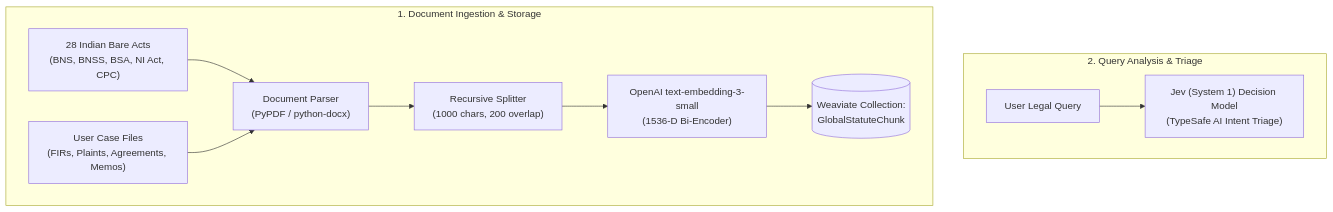
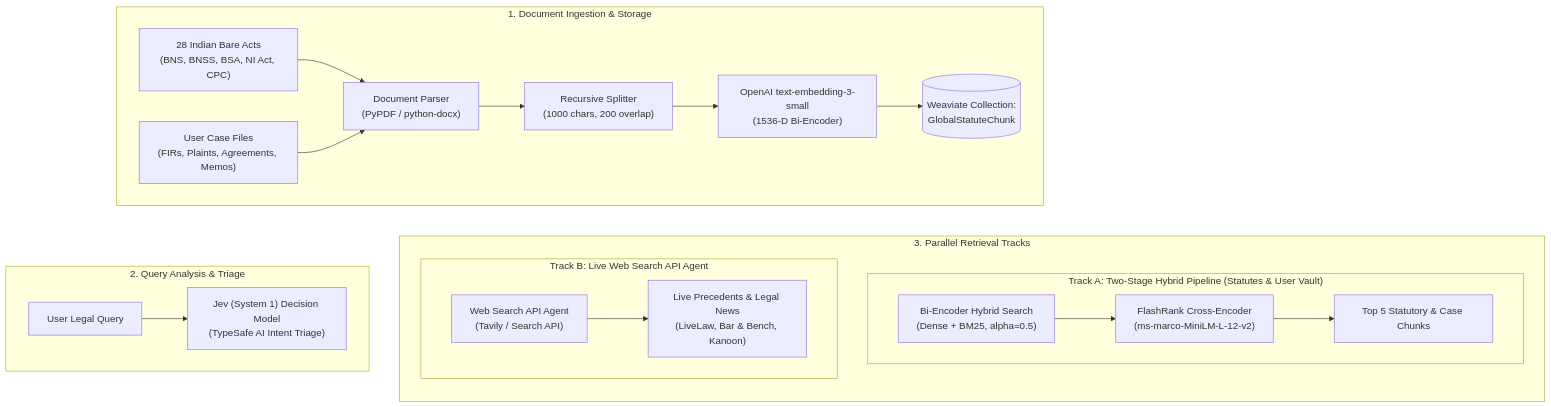
The first of 2 diagrams in README.md (JaywardhanYadav/LegalDrishti-AI), drawn with Mermaid before and after one commit.

Commit message:
docs: add Box 3 (Parallel Retrieval Tracks) below Box 1 and Box 2 in V1 diagram without connecting lines

````diff
--- a/README.md
+++ b/README.md
@@ -35,21 +35,37 @@
 ```mermaid
-flowchart LR
+flowchart TB
     subgraph INGEST_V1["1. Document Ingestion & Storage"]
         direction LR
         DOC_STATUTES["28 Indian Bare Acts\n(BNS, BNSS, BSA, NI Act, CPC)"]
         DOC_USER["User Case Files\n(FIRs, Plaints, Agreements, Memos)"]
 
         DOC_STATUTES --> PARSER_V1["Document Parser\n(PyPDF / python-docx)"]
         DOC_USER --> PARSER_V1
         PARSER_V1 --> CHUNK_V1["Recursive Splitter\n(1000 chars, 200 overlap)"]
         CHUNK_V1 --> EMBED_V1["OpenAI text-embedding-3-small\n(1536-D Bi-Encoder)"]
         EMBED_V1 --> WEAVIATE_V1[("Weaviate Collection:\nGlobalStatuteChunk")]
     end
 
     INGEST_V1 ~~~ TRIAGE_V1
 
     subgraph TRIAGE_V1["2. Query Analysis & Triage"]
         direction LR
         QUERY_V1["User Legal Query"] --> JEV_V1["Jev (System 1) Decision Model\n(TypeSafe AI Intent Triage)"]
     end
+
+    INGEST_V1 ~~~ RETRIEVE_V1
+
+    subgraph RETRIEVE_V1["3. Parallel Retrieval Tracks"]
+        direction TB
+
+        subgraph PIPELINE_INTERNAL["Track A: Two-Stage Hybrid Pipeline (Statutes & User Vault)"]
+            direction LR
+            HYBRID_V1["Bi-Encoder Hybrid Search\n(Dense + BM25, alpha=0.5)"] --> RERANK_V1["FlashRank Cross-Encoder\n(ms-marco-MiniLM-L-12-v2)"] --> TOP_INTERNAL["Top 5 Statutory & Case Chunks"]
+        end
+
+        subgraph PIPELINE_WEB["Track B: Live Web Search API Agent"]
+            direction LR
+            AGENT_WEB["Web Search API Agent\n(Tavily / Search API)"] --> WEB_RESULTS["Live Precedents & Legal News\n(LiveLaw, Bar & Bench, Kanoon)"]
+        end
+    end
 ```
````
